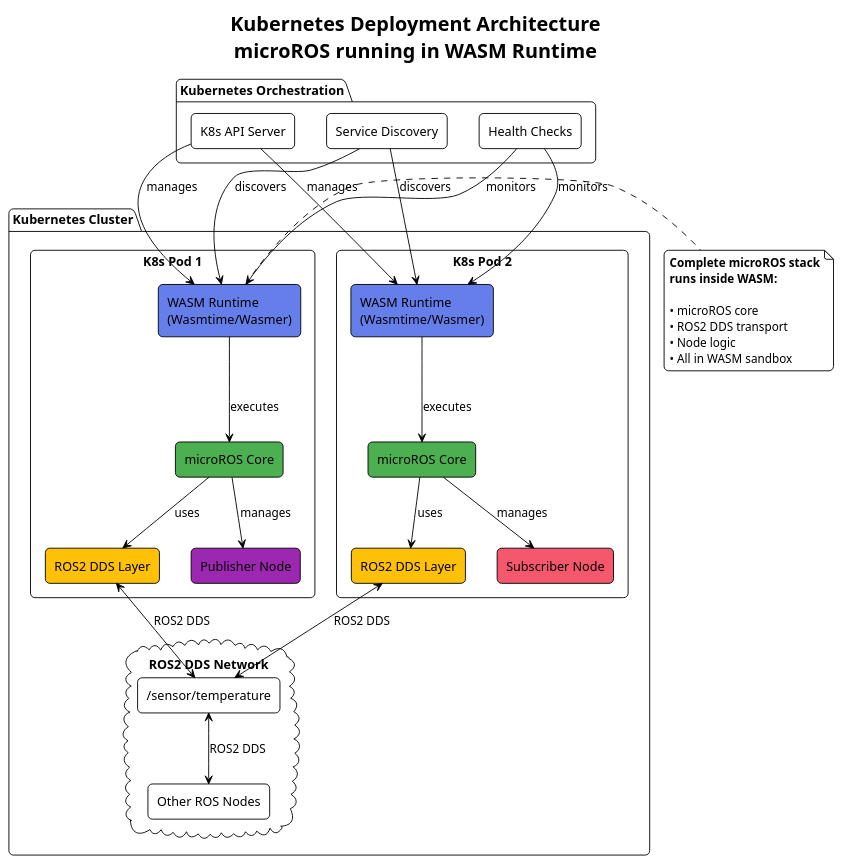
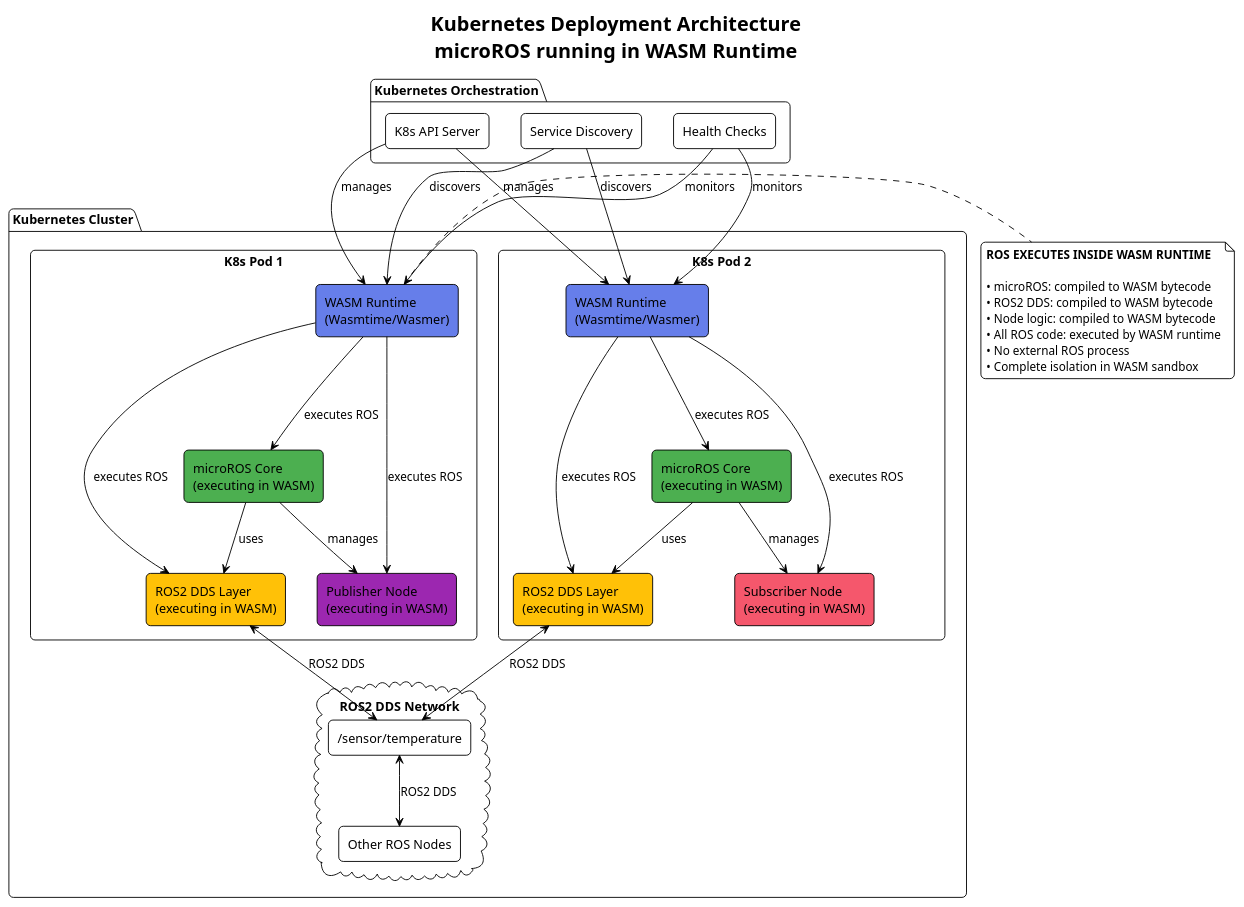
The diagram in diagrams/k8s_deployment.puml (lucadagati/ros_wasm_example), drawn with PlantUML before and after one commit. The commit also changed other lines of this file and 1 other file, not shown here.

Commit message:
Clarify in UML diagrams: ROS executes INSIDE WASM runtime
- Updated all diagrams to explicitly show ROS executing inside WASM
- Added labels: 'executing in WASM', 'WASM bytecode', 'executes ROS'
- Enhanced notes: 'ROS EXECUTES INSIDE WASM RUNTIME'
- Clarified: No external ROS process, all ROS code compiled to WASM
- Direct WASM-to-WASM communication via ROS2 DDS
- Updated: architecture, architecture_complete, component, k8s_deployment

```diff
--- a/diagrams/k8s_deployment.puml
+++ b/diagrams/k8s_deployment.puml
@@ -1,65 +1,70 @@
 @startuml K8s Deployment
 !theme plain
 skinparam backgroundColor #FFFFFF
 skinparam componentStyle rectangle
 skinparam roundcorner 10
 
 title Kubernetes Deployment Architecture\nmicroROS running in WASM Runtime
 
 package "Kubernetes Cluster" {
     rectangle "K8s Pod 1" {
         component [WASM Runtime\n(Wasmtime/Wasmer)] as RT1 #667eea
-        component [microROS Core] as CORE1 #4CAF50
-        component [ROS2 DDS Layer] as DDS1 #FFC107
-        component [Publisher Node] as NODE1 #9C27B0
+        component [microROS Core\n(executing in WASM)] as CORE1 #4CAF50
+        component [ROS2 DDS Layer\n(executing in WASM)] as DDS1 #FFC107
+        component [Publisher Node\n(executing in WASM)] as NODE1 #9C27B0
         
-        RT1 --> CORE1 : executes
+        RT1 --> CORE1 : executes ROS
+        RT1 --> DDS1 : executes ROS
+        RT1 --> NODE1 : executes ROS
         CORE1 --> DDS1 : uses
         CORE1 --> NODE1 : manages
     }
     
     rectangle "K8s Pod 2" {
         component [WASM Runtime\n(Wasmtime/Wasmer)] as RT2 #667eea
-        component [microROS Core] as CORE2 #4CAF50
-        component [ROS2 DDS Layer] as DDS2 #FFC107
-        component [Subscriber Node] as NODE2 #f5576c
+        component [microROS Core\n(executing in WASM)] as CORE2 #4CAF50
+        component [ROS2 DDS Layer\n(executing in WASM)] as DDS2 #FFC107
+        component [Subscriber Node\n(executing in WASM)] as NODE2 #f5576c
         
-        RT2 --> CORE2 : executes
+        RT2 --> CORE2 : executes ROS
+        RT2 --> DDS2 : executes ROS
+        RT2 --> NODE2 : executes ROS
         CORE2 --> DDS2 : uses
         CORE2 --> NODE2 : manages
     }
     
     cloud "ROS2 DDS Network" {
         component [/sensor/temperature] as TOPIC
         component [Other ROS Nodes] as OTHER
     }
     
     DDS1 <--> TOPIC : ROS2 DDS
     DDS2 <--> TOPIC : ROS2 DDS
     TOPIC <--> OTHER : ROS2 DDS
 }
 
 package "Kubernetes Orchestration" {
     component [K8s API Server] as K8S
     component [Service Discovery] as SVC
     component [Health Checks] as HEALTH
     
     K8S --> RT1 : manages
     K8S --> RT2 : manages
     SVC --> RT1 : discovers
     SVC --> RT2 : discovers
     HEALTH --> RT1 : monitors
     HEALTH --> RT2 : monitors
 }
 
 note right of RT1
-  **Complete microROS stack**
-  **runs inside WASM:**
+  **ROS EXECUTES INSIDE WASM RUNTIME**
   
-  • microROS core
-  • ROS2 DDS transport
-  • Node logic
-  • All in WASM sandbox
+  • microROS: compiled to WASM bytecode
+  • ROS2 DDS: compiled to WASM bytecode
+  • Node logic: compiled to WASM bytecode
+  • All ROS code: executed by WASM runtime
+  • No external ROS process
+  • Complete isolation in WASM sandbox
 end note
 
 @enduml
```
